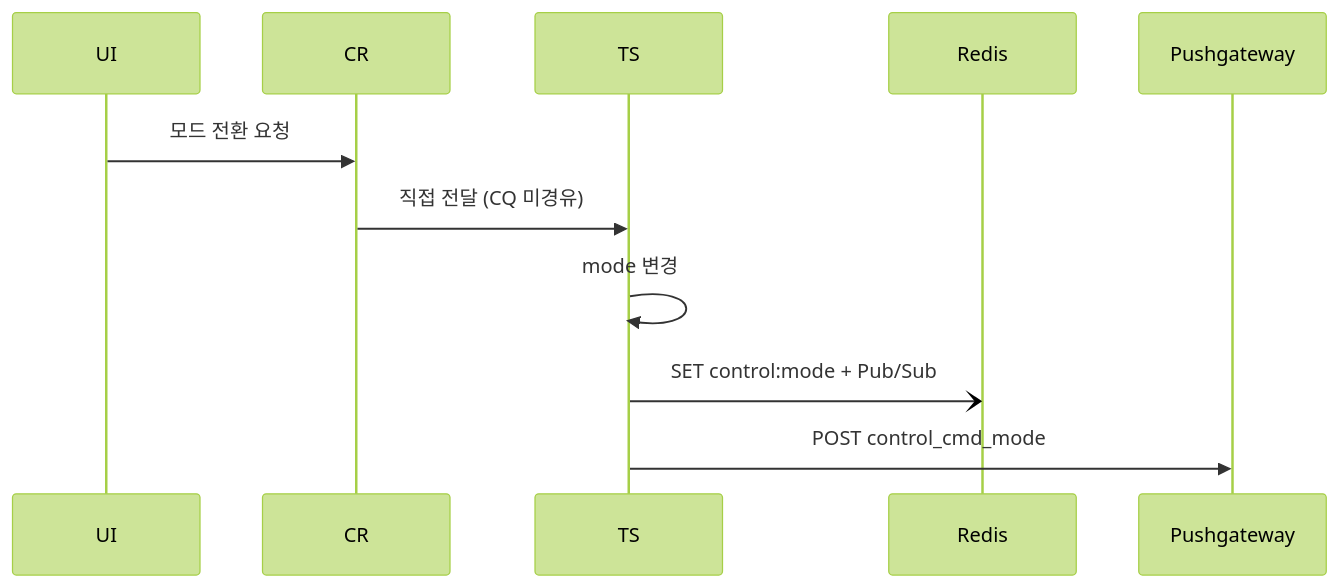
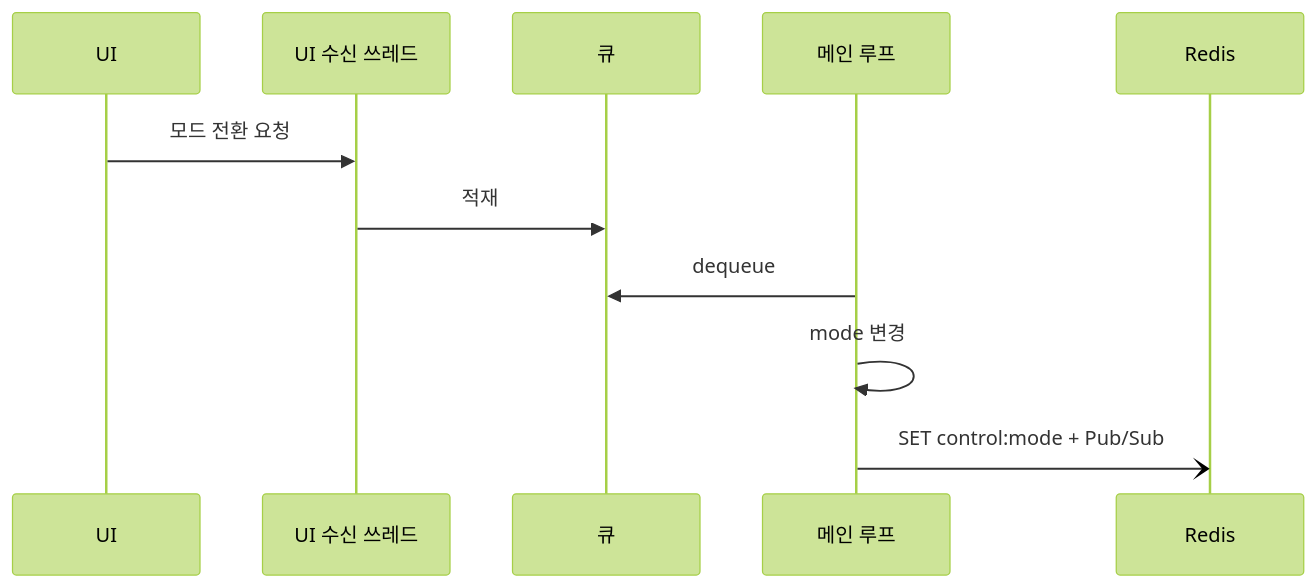
The second of 2 diagrams in docs/MCG.md (DEEPGadget/L2A_CDU_system), drawn with Mermaid (forest theme) before and after one commit. The commit also changed other lines of this file, not shown here.

````diff
--- a/docs/MCG.md
+++ b/docs/MCG.md
@@ -190,14 +153,14 @@
 ```mermaid
 sequenceDiagram
     participant UI as UI
-    participant CR as CR
-    participant TS as TS
+    participant Listen as UI 수신 쓰레드
+    participant Queue as 큐
+    participant Main as 메인 루프
     participant Redis as Redis
-    participant PGW as Pushgateway
 
-    UI->>CR: 모드 전환 요청
-    CR->>TS: 직접 전달 (CQ 미경유)
-    TS->>TS: mode 변경
-    TS-)Redis: SET control:mode + Pub/Sub
-    TS->>PGW: POST control_cmd_mode
+    UI->>Listen: 모드 전환 요청
+    Listen->>Queue: 적재
+    Main->>Queue: dequeue
+    Main->>Main: mode 변경
+    Main-)Redis: SET control:mode + Pub/Sub
 ```
````
